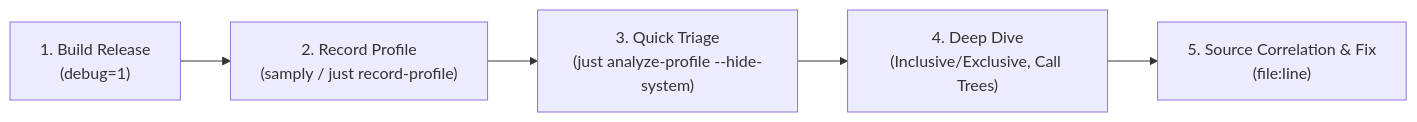
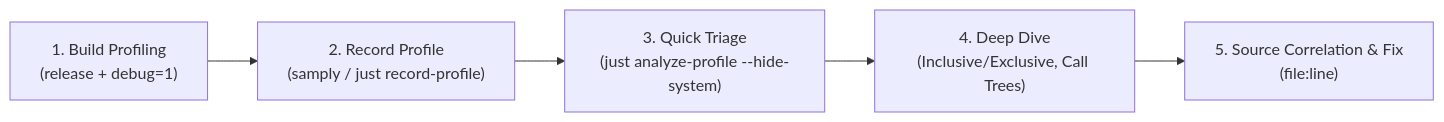
The diagram in .agents/skills/analyze-profile/SKILL.md (jaoppb/cranky), drawn with Mermaid before and after one commit. The commit also changed other lines of this file and 7 other files, not shown here.

First line of the commit message:
chore(release): strip the release binary and profile with a dedicated profile

````diff
--- a/.agents/skills/analyze-profile/SKILL.md
+++ b/.agents/skills/analyze-profile/SKILL.md
@@ -18,7 +18,7 @@
 ```mermaid
 flowchart LR
-    Build["1. Build Release\n(debug=1)"] --> Record["2. Record Profile\n(samply / just record-profile)"]
+    Build["1. Build Profiling\n(release + debug=1)"] --> Record["2. Record Profile\n(samply / just record-profile)"]
     Record --> Triage["3. Quick Triage\n(just analyze-profile --hide-system)"]
     Triage --> DeepDive["4. Deep Dive\n(Inclusive/Exclusive, Call Trees)"]
     DeepDive --> SourceFix["5. Source Correlation & Fix\n(file:line)"]
 ```
````
